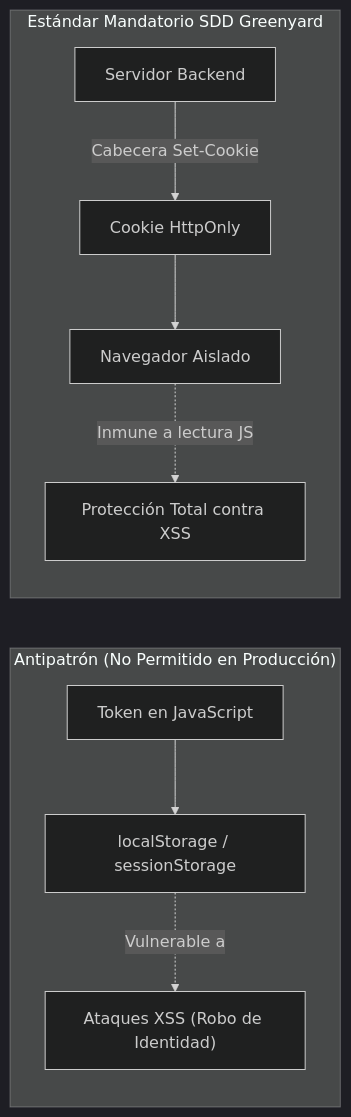
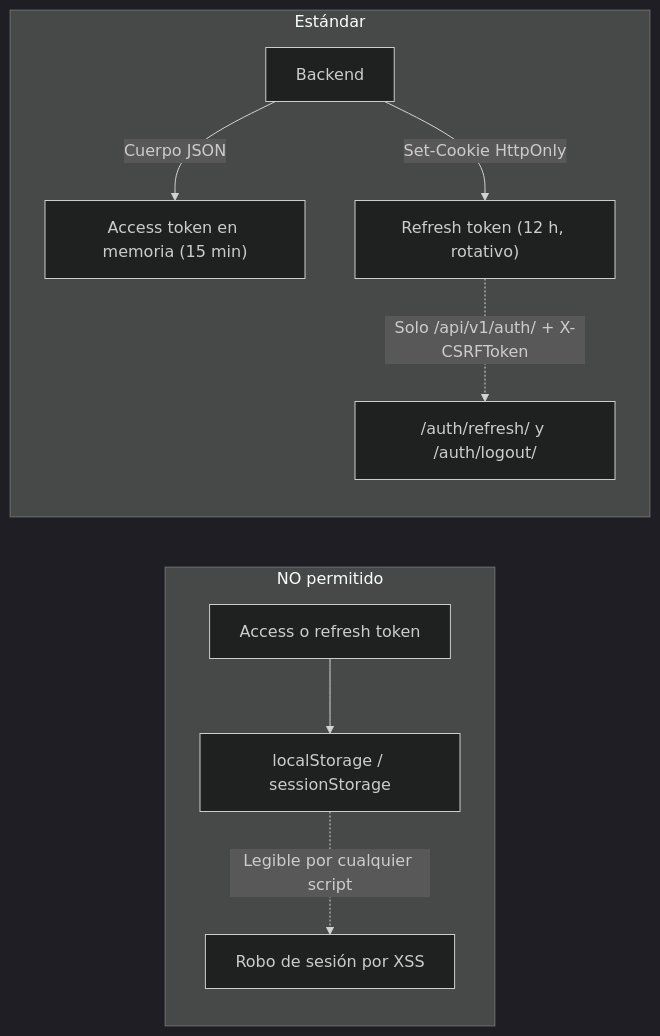
Before and after one commit to jnmontoy/sdd: the first of 2 diagrams in greenfield/pages/login/05_seguridad_auditoria_y_hardening.md, drawn with Mermaid (dark theme). The commit also changed other lines of this file and 152 other files, not shown here.

````diff
--- a/greenfield/pages/login/05_seguridad_auditoria_y_hardening.md
+++ b/greenfield/pages/login/05_seguridad_auditoria_y_hardening.md
@@ -22,13 +25,13 @@
 ```mermaid
 flowchart LR
-    subgraph INSEGURO["Antipatrón (No Permitido en Producción)"]
-        J1["Token en JavaScript"] --> L1["localStorage / sessionStorage"]
-        L1 -.->|Vulnerable a| XSS["Ataques XSS (Robo de Identidad)"]
+    subgraph NO["NO permitido"]
+        T1["Access o refresh token"] --> L1["localStorage / sessionStorage"]
+        L1 -.->|Legible por cualquier script| XSS["Robo de sesión por XSS"]
     end
 
-    subgraph SEGURO["Estándar Mandatorio SDD Greenyard"]
-        S1["Servidor Backend"] -->|Cabecera Set-Cookie| C1["Cookie HttpOnly"]
-        C1 --> B1["Navegador Aislado"]
-        B1 -.->|Inmune a lectura JS| NO_XSS["Protección Total contra XSS"]
+    subgraph SI["Estándar"]
+        S1["Backend"] -->|"Cuerpo JSON"| M1["Access token en memoria (15 min)"]
+        S1 -->|"Set-Cookie HttpOnly"| C1["Refresh token (12 h, rotativo)"]
+        C1 -.->|"Solo /api/v1/auth/ + X-CSRFToken"| R1["/auth/refresh/ y /auth/logout/"]
     end
 ```
````
